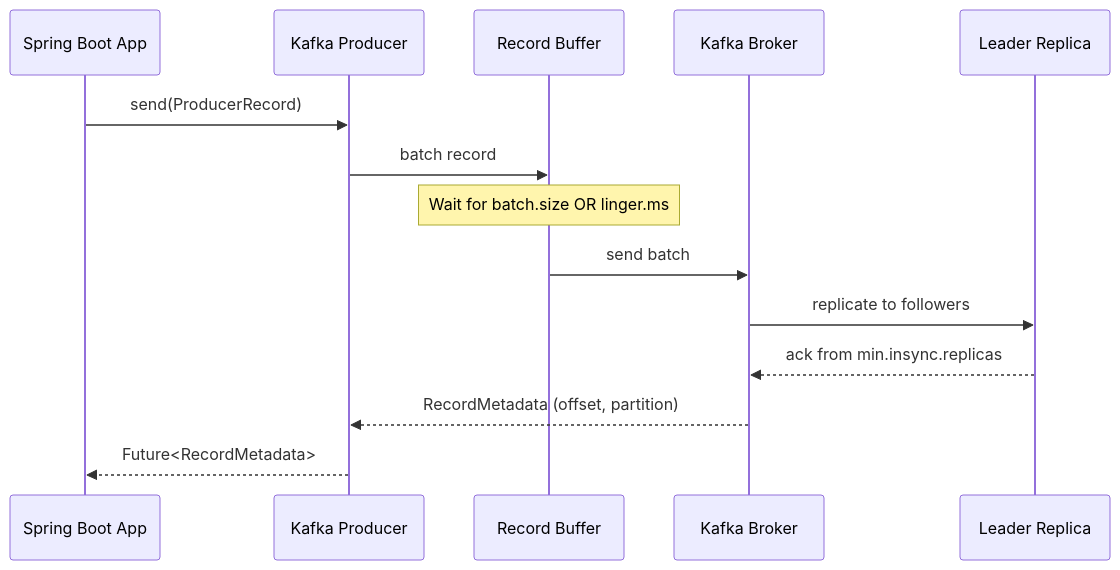
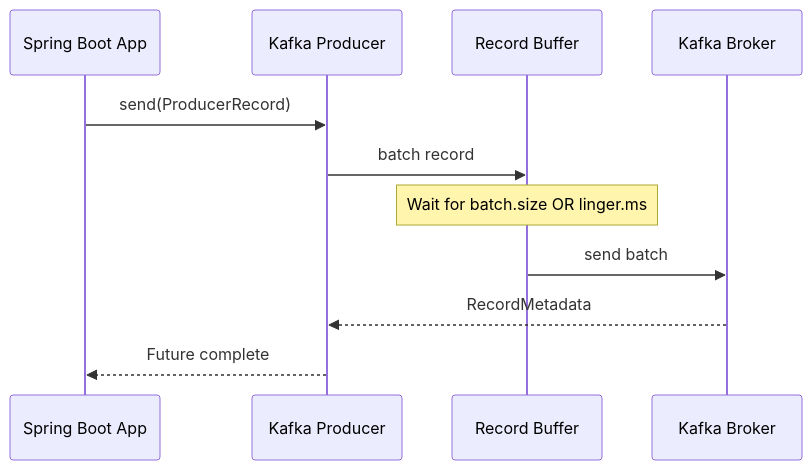
One commit to rahulsaxena23-code/best-practice changed the fourth of 18 diagrams in kakfa/kafka_best_practices.md. Above: the diagram before and after it, drawn with Mermaid. The commit also changed other lines of this file, not shown here.

````diff
--- a/kakfa/kafka_best_practices.md
+++ b/kakfa/kafka_best_practices.md
@@ -191,17 +177,14 @@
 ```mermaid
 sequenceDiagram
     participant App as Spring Boot App
-    participant Producer as Kafka Producer
-    participant Buffer as Record Buffer
+    participant Prod as Kafka Producer
+    participant Buf as Record Buffer
     participant Broker as Kafka Broker
-    participant ZK as Leader Replica
 
-    App->>Producer: send(ProducerRecord)
-    Producer->>Buffer: batch record
-    Note over Buffer: Wait for batch.size OR linger.ms
-    Buffer->>Broker: send batch
-    Broker->>ZK: replicate to followers
-    ZK-->>Broker: ack from min.insync.replicas
-    Broker-->>Producer: RecordMetadata (offset, partition)
-    Producer-->>App: Future<RecordMetadata>
+    App->>Prod: send(ProducerRecord)
+    Prod->>Buf: batch record
+    Note over Buf: Wait for batch.size OR linger.ms
+    Buf->>Broker: send batch
+    Broker-->>Prod: RecordMetadata
+    Prod-->>App: Future complete
 ```
````
